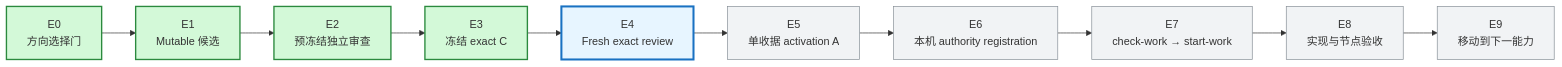
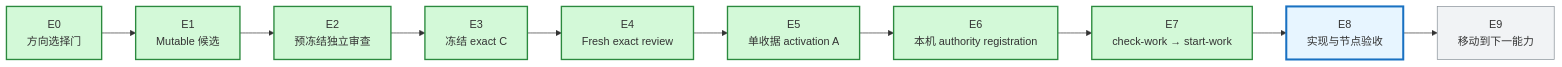
Before and after one commit to j-a-v-e-n/knowledge-vault: the second of 3 diagrams in MyBrain/automation/reports/investment-discipline-system/CURRENT_PROGRESS.md, drawn with Mermaid. The commit also changed other lines of this file, not shown here.

````diff
--- a/MyBrain/automation/reports/investment-discipline-system/CURRENT_PROGRESS.md
+++ b/MyBrain/automation/reports/investment-discipline-system/CURRENT_PROGRESS.md
@@ -60,19 +60,19 @@
 ```mermaid
 flowchart LR
     E0["E0<br/>方向选择门"] --> E1["E1<br/>Mutable 候选"]
     E1 --> E2["E2<br/>预冻结独立审查"]
     E2 --> E3["E3<br/>冻结 exact C"]
     E3 --> E4["E4<br/>Fresh exact review"]
     E4 --> E5["E5<br/>单收据 activation A"]
     E5 --> E6["E6<br/>本机 authority registration"]
     E6 --> E7["E7<br/>check-work → start-work"]
     E7 --> E8["E8<br/>实现与节点验收"]
     E8 --> E9["E9<br/>移动到下一能力"]
 
     classDef done fill:#d3f9d8,stroke:#2b8a3e,stroke-width:2px;
     classDef current fill:#e7f5ff,stroke:#1971c2,stroke-width:3px;
     classDef pending fill:#f1f3f5,stroke:#868e96;
-    class E0,E1,E2,E3 done;
-    class E4 current;
-    class E5,E6,E7,E8,E9 pending;
+    class E0,E1,E2,E3,E4,E5,E6,E7 done;
+    class E8 current;
+    class E9 pending;
 ```
````
